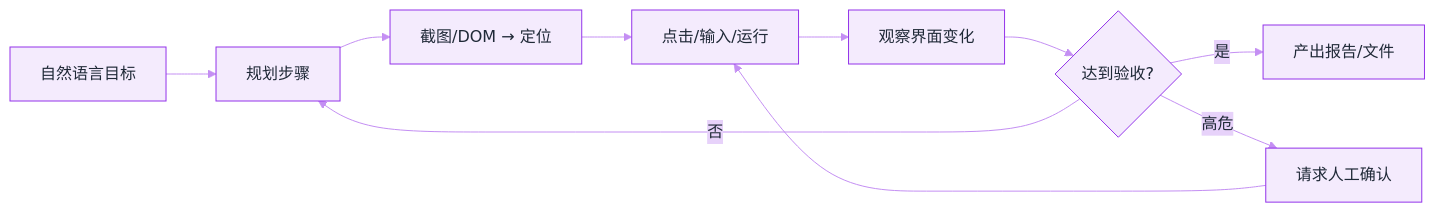
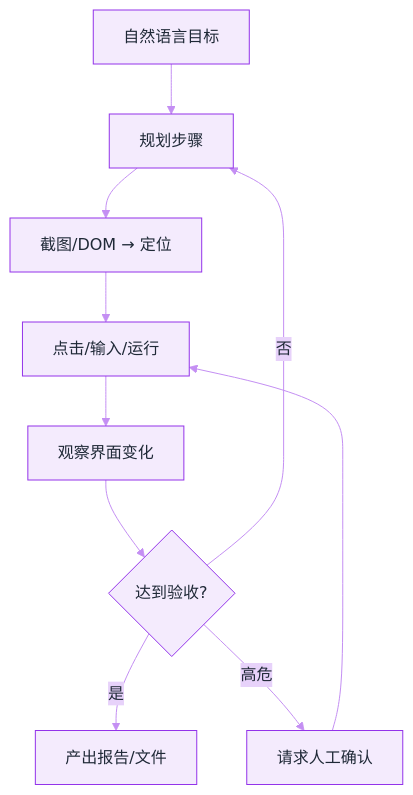
Before and after one commit to funny8kids/ai-agent-handbook: the diagram in docs/12-applications/general-agent-products.md, drawn with Mermaid. The commit also changed 17 other files, not shown here.

First line of the commit message:
Fix 17 Mermaid diagrams that GitBook was scaling into unreadable text

````diff
--- a/docs/12-applications/general-agent-products.md
+++ b/docs/12-applications/general-agent-products.md
@@ -32,13 +32,13 @@
 ```mermaid
 %%{init: {"theme":"base","themeVariables":{"primaryColor":"#F4EBFD","primaryBorderColor":"#9333EA","primaryTextColor":"#1F2937","secondaryColor":"#E7D2FA","tertiaryColor":"#FBF7FE","lineColor":"#C48FF3","actorBkg":"#F6EFFD","actorBorder":"#9333EA","actorTextColor":"#1F2937","signalColor":"#B370F0","noteBkgColor":"#ECDAFB","noteBorderColor":"#9333EA","noteTextColor":"#1F2937","labelBoxBkgColor":"#F4EBFD","labelBoxBorderColor":"#9333EA"}}}%%
-flowchart LR
+flowchart TD
   G[自然语言目标] --> P[规划步骤]
   P --> A[截图/DOM → 定位]
   A --> C[点击/输入/运行]
   C --> O[观察界面变化]
   O --> D{达到验收?}
   D -->|否| P
   D -->|是| R[产出报告/文件]
   D -->|高危| H[请求人工确认]
   H --> C
 ```
````
